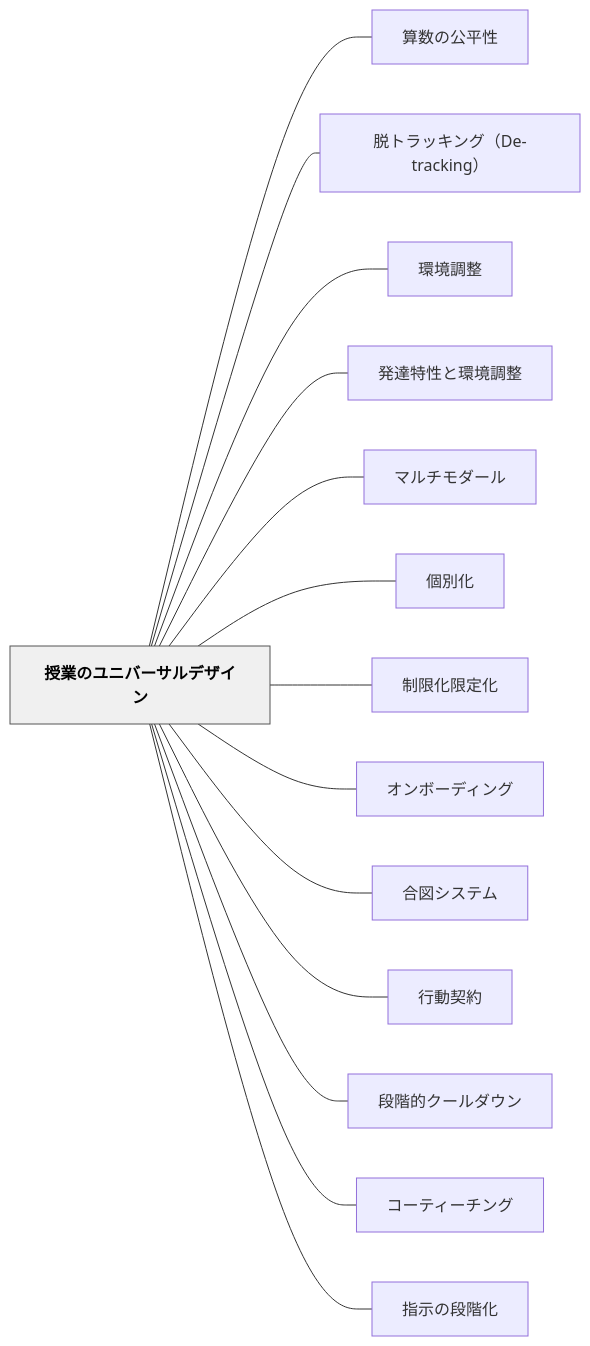
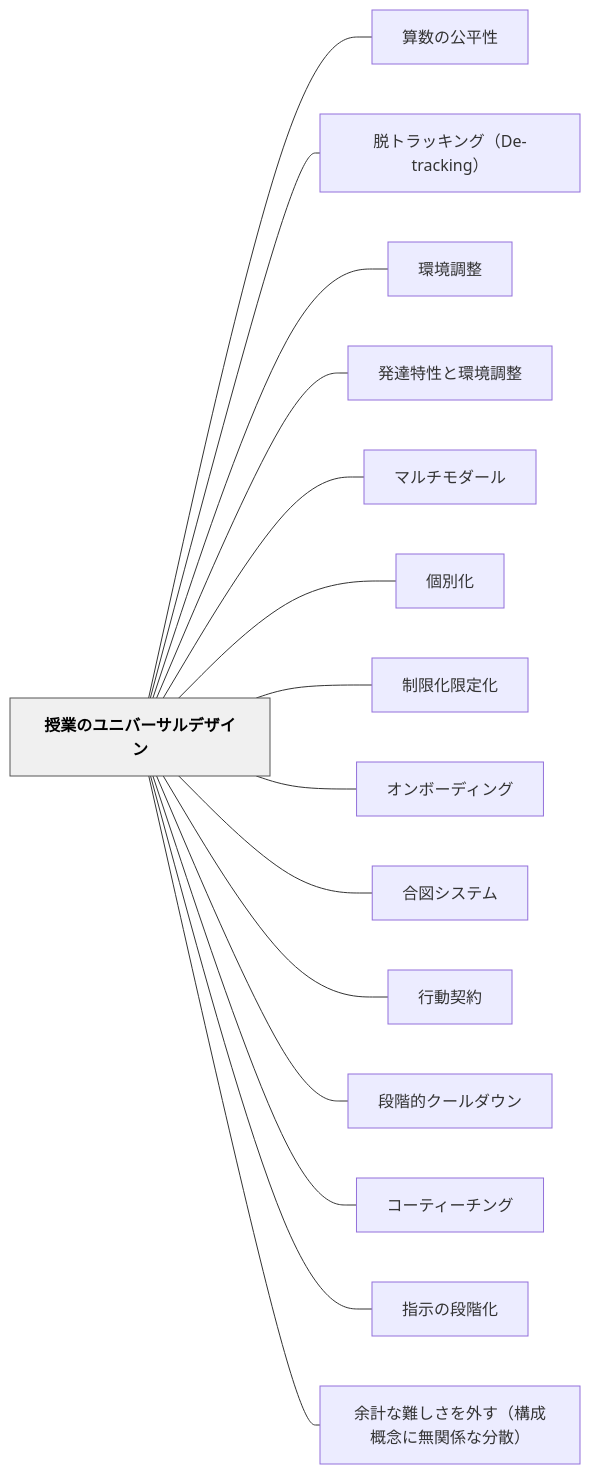
Before and after one commit to unknownthings-ed-patterns/unknownthings-ed-patterns: the diagram in content/パタン/授業のユニバーサルデザイン.md, drawn with Mermaid. The commit also changed other lines of this file and 22 other files, not shown here.

````diff
--- a/content/パタン/授業のユニバーサルデザイン.md
+++ b/content/パタン/授業のユニバーサルデザイン.md
@@ -171,34 +172,36 @@
 ```mermaid
 flowchart LR
     ne68e88e6a5ade381aee383a6e3838be38390e383bce382b5e383abe38387e382b6e382a4e383b3["授業のユニバーサルデザイン"]
     ne7ae97e695b0e381aee585ace5b9b3e680a7["算数の公平性"]
     ne884b1e38388e383a9e38383e382ade383b3e382b0efbc8844652d747261636b696e67efbc89["脱トラッキング（De-tracking）"]
     ne792b0e5a283e8aabfe695b4["環境調整"]
     ne799bae98194e789b9e680a7e381a8e792b0e5a283e8aabfe695b4["発達特性と環境調整"]
     ne3839ee383abe38381e383a2e38380e383bce383ab["マルチモダール"]
     ne5808be588a5e58c96["個別化"]
     ne588b6e99990e58c96e99990e5ae9ae58c96["制限化限定化"]
     ne382aae383b3e3839ce383bce38387e382a3e383b3e382b0["オンボーディング"]
     ne59088e59bb3e382b7e382b9e38386e383a0["合図システム"]
     ne8a18ce58b95e5a591e7b484["行動契約"]
     ne6aeb5e99a8ee79a84e382afe383bce383abe38380e382a6e383b3["段階的クールダウン"]
     ne382b3e383bce38386e382a3e383bce38381e383b3e382b0["コーティーチング"]
     ne68c87e7a4bae381aee6aeb5e99a8ee58c96["指示の段階化"]
+    ne4bd99e8a888e381aae99ba3e38197e38195e38292e5a496e38199efbc88e6a78be68890e6a682e5bfb5e381abe784a1e996a2e4bf82e381aae58886e695a3efbc89["余計な難しさを外す（構成概念に無関係な分散）"]
 
     ne68e88e6a5ade381aee383a6e3838be38390e383bce382b5e383abe38387e382b6e382a4e383b3 --- ne7ae97e695b0e381aee585ace5b9b3e680a7
     ne68e88e6a5ade381aee383a6e3838be38390e383bce382b5e383abe38387e382b6e382a4e383b3 --- ne884b1e38388e383a9e38383e382ade383b3e382b0efbc8844652d747261636b696e67efbc89
     ne68e88e6a5ade381aee383a6e3838be38390e383bce382b5e383abe38387e382b6e382a4e383b3 --- ne792b0e5a283e8aabfe695b4
     ne68e88e6a5ade381aee383a6e3838be38390e383bce382b5e383abe38387e382b6e382a4e383b3 --- ne799bae98194e789b9e680a7e381a8e792b0e5a283e8aabfe695b4
     ne68e88e6a5ade381aee383a6e3838be38390e383bce382b5e383abe38387e382b6e382a4e383b3 --- ne3839ee383abe38381e383a2e38380e383bce383ab
     ne68e88e6a5ade381aee383a6e3838be38390e383bce382b5e383abe38387e382b6e382a4e383b3 --- ne5808be588a5e58c96
     ne68e88e6a5ade381aee383a6e3838be38390e383bce382b5e383abe38387e382b6e382a4e383b3 --- ne588b6e99990e58c96e99990e5ae9ae58c96
     ne68e88e6a5ade381aee383a6e3838be38390e383bce382b5e383abe38387e382b6e382a4e383b3 --- ne382aae383b3e3839ce383bce38387e382a3e383b3e382b0
     ne68e88e6a5ade381aee383a6e3838be38390e383bce382b5e383abe38387e382b6e382a4e383b3 --- ne59088e59bb3e382b7e382b9e38386e383a0
     ne68e88e6a5ade381aee383a6e3838be38390e383bce382b5e383abe38387e382b6e382a4e383b3 --- ne8a18ce58b95e5a591e7b484
     ne68e88e6a5ade381aee383a6e3838be38390e383bce382b5e383abe38387e382b6e382a4e383b3 --- ne6aeb5e99a8ee79a84e382afe383bce383abe38380e382a6e383b3
     ne68e88e6a5ade381aee383a6e3838be38390e383bce382b5e383abe38387e382b6e382a4e383b3 --- ne382b3e383bce38386e382a3e383bce38381e383b3e382b0
     ne68e88e6a5ade381aee383a6e3838be38390e383bce382b5e383abe38387e382b6e382a4e383b3 --- ne68c87e7a4bae381aee6aeb5e99a8ee58c96
+    ne68e88e6a5ade381aee383a6e3838be38390e383bce382b5e383abe38387e382b6e382a4e383b3 --- ne4bd99e8a888e381aae99ba3e38197e38195e38292e5a496e38199efbc88e6a78be68890e6a682e5bfb5e381abe784a1e996a2e4bf82e381aae58886e695a3efbc89
 
     classDef hub fill:#f0f0f0,stroke:#555,color:#000,font-weight:bold
     class ne68e88e6a5ade381aee383a6e3838be38390e383bce382b5e383abe38387e382b6e382a4e383b3 hub
 ```
````
